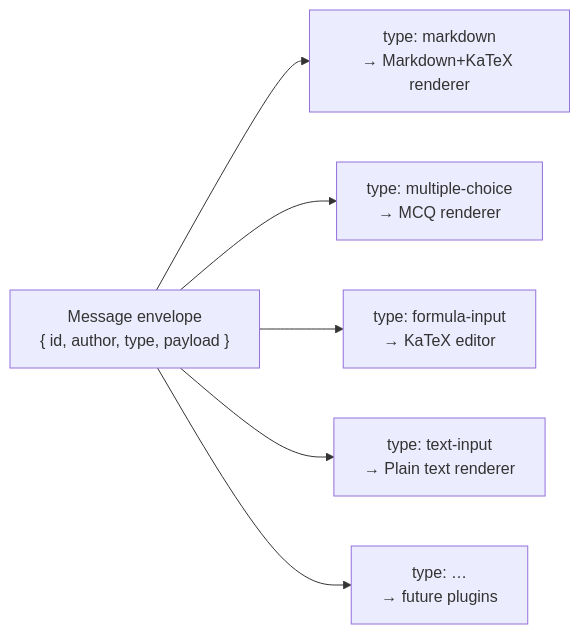
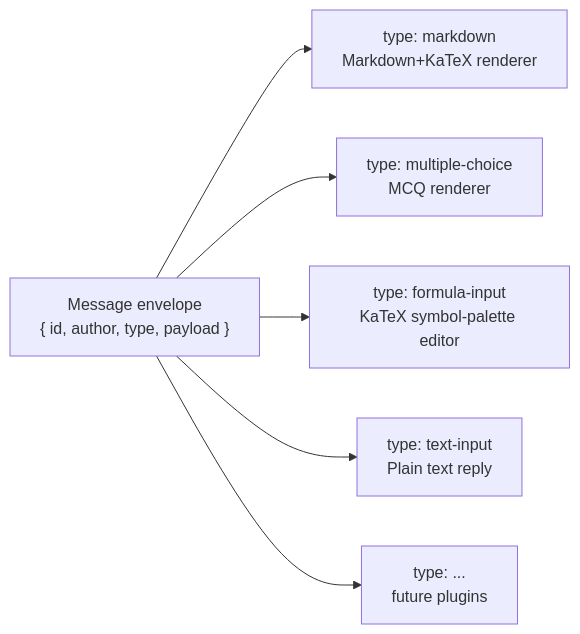
The first of 3 diagrams in src/content/docs/pedagogy/conversation.md (stemolly/wiki), drawn with Mermaid before and after one commit. The commit also changed other lines of this file and 57 other files, not shown here.

````diff
--- a/src/content/docs/pedagogy/conversation.md
+++ b/src/content/docs/pedagogy/conversation.md
@@ -26,9 +14,9 @@
 ```mermaid
 flowchart LR
   Envelope["Message envelope<br/>{ id, author, type, payload }"]
-  Envelope --> MD["type: markdown<br/>→ Markdown+KaTeX renderer"]
-  Envelope --> MCQ["type: multiple-choice<br/>→ MCQ renderer"]
-  Envelope --> Formula["type: formula-input<br/>→ KaTeX editor"]
-  Envelope --> TI["type: text-input<br/>→ Plain text renderer"]
-  Envelope --> Dots["type: …<br/>→ future plugins"]
+  Envelope --> MD["type: markdown<br/>Markdown+KaTeX renderer"]
+  Envelope --> MCQ["type: multiple-choice<br/>MCQ renderer"]
+  Envelope --> FI["type: formula-input<br/>KaTeX symbol-palette editor"]
+  Envelope --> TI["type: text-input<br/>Plain text reply"]
+  Envelope --> Dots["type: ...<br/>future plugins"]
 ```
````
